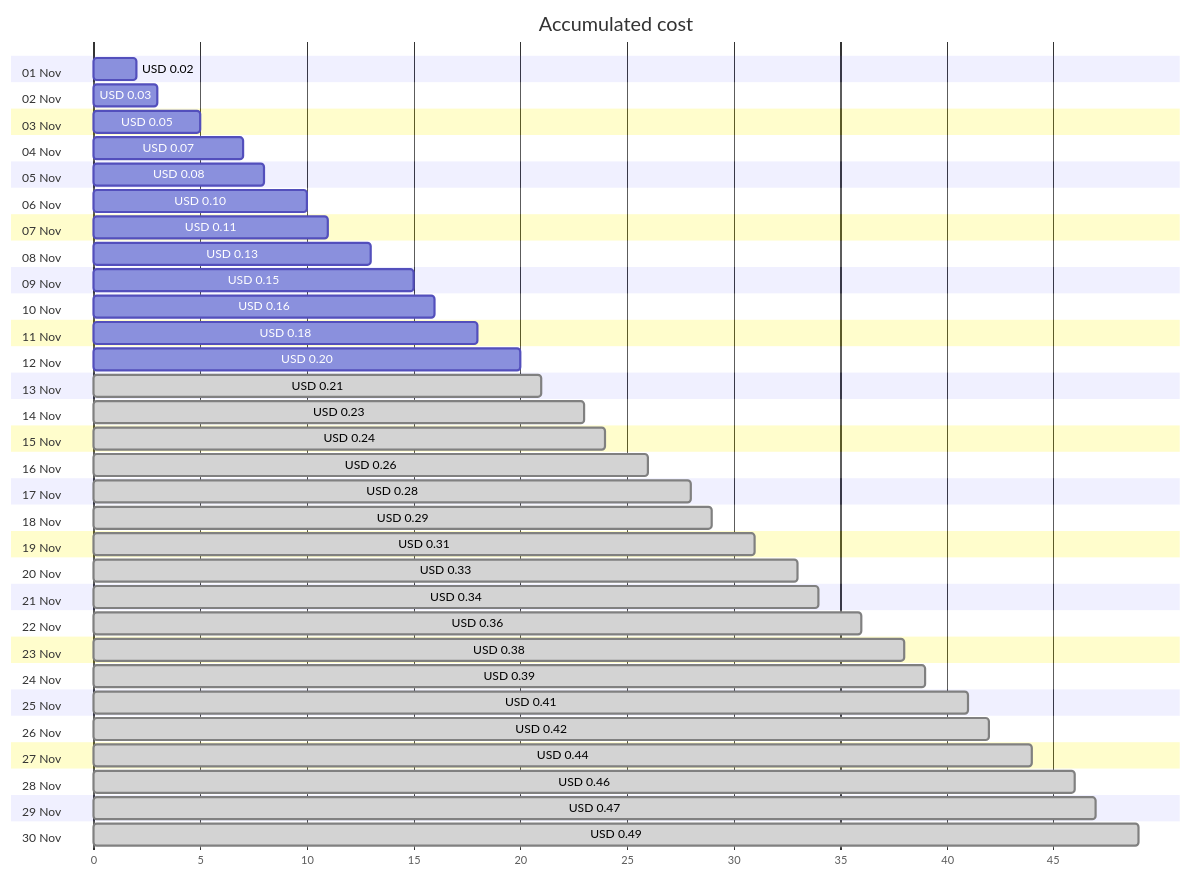
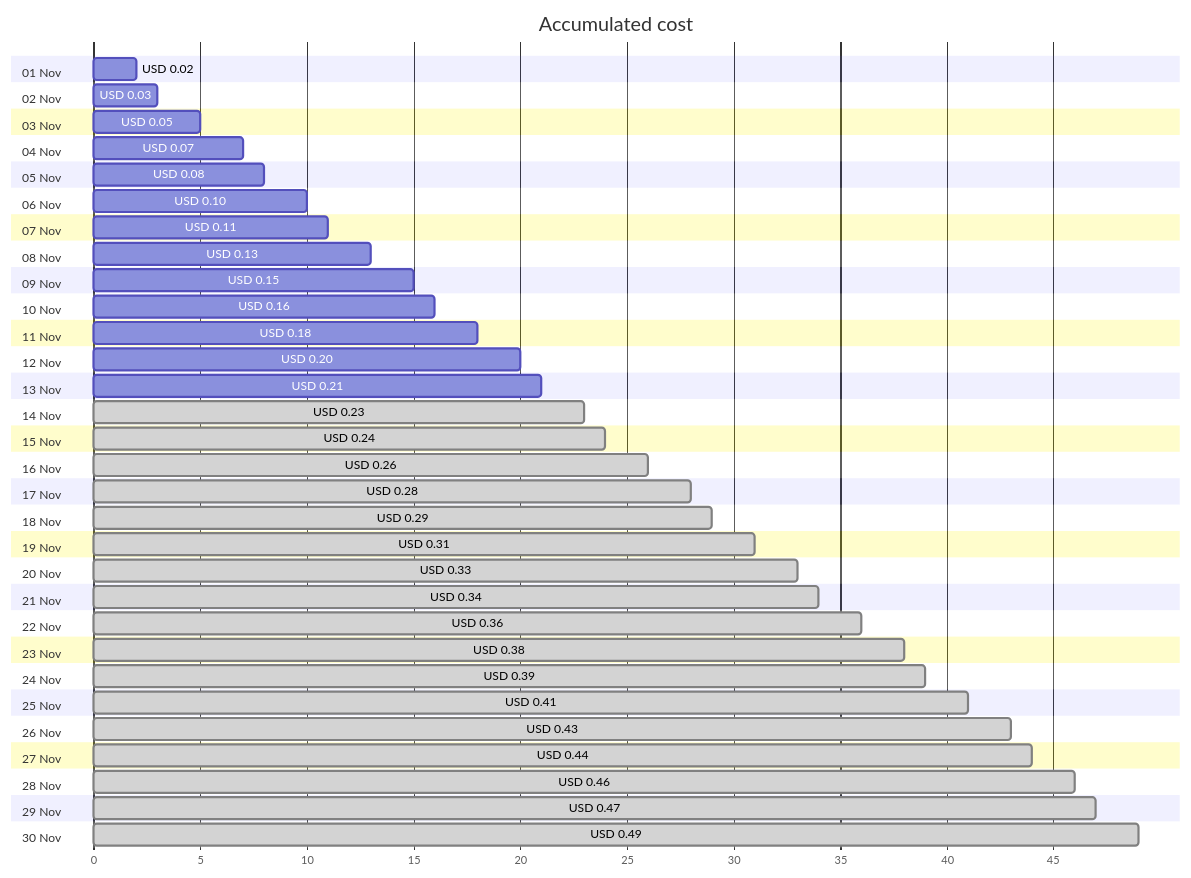
One commit to jpfulton/azure-personal-reports changed the first of 4 diagrams in cost-reports/personal-dns/jpatrickfulton.dev.md. Above: the diagram before and after it, drawn with Mermaid. The commit also changed other lines of this file and 2 other files, not shown here.

````diff
--- a/cost-reports/personal-dns/jpatrickfulton.dev.md
+++ b/cost-reports/personal-dns/jpatrickfulton.dev.md
@@ -20,66 +20,66 @@
 ```mermaid
 gantt
    title Accumulated cost
    dateFormat  X
    axisFormat %s
    section 01 Nov
    USD 0.02 :0, 2
    section 02 Nov
    USD 0.03 :0, 3
    section 03 Nov
    USD 0.05 :0, 5
    section 04 Nov
    USD 0.07 :0, 7
    section 05 Nov
    USD 0.08 :0, 8
    section 06 Nov
    USD 0.10 :0, 10
    section 07 Nov
    USD 0.11 :0, 11
    section 08 Nov
    USD 0.13 :0, 13
    section 09 Nov
    USD 0.15 :0, 15
    section 10 Nov
    USD 0.16 :0, 16
    section 11 Nov
    USD 0.18 :0, 18
    section 12 Nov
    USD 0.20 :0, 20
    section 13 Nov
-   USD 0.21 : done, 0, 21
+   USD 0.21 :0, 21
    section 14 Nov
    USD 0.23 : done, 0, 23
    section 15 Nov
    USD 0.24 : done, 0, 24
    section 16 Nov
    USD 0.26 : done, 0, 26
    section 17 Nov
    USD 0.28 : done, 0, 28
    section 18 Nov
    USD 0.29 : done, 0, 29
    section 19 Nov
    USD 0.31 : done, 0, 31
    section 20 Nov
    USD 0.33 : done, 0, 33
    section 21 Nov
    USD 0.34 : done, 0, 34
    section 22 Nov
    USD 0.36 : done, 0, 36
    section 23 Nov
    USD 0.38 : done, 0, 38
    section 24 Nov
    USD 0.39 : done, 0, 39
    section 25 Nov
    USD 0.41 : done, 0, 41
    section 26 Nov
-   USD 0.42 : done, 0, 42
+   USD 0.43 : done, 0, 43
    section 27 Nov
    USD 0.44 : done, 0, 44
    section 28 Nov
    USD 0.46 : done, 0, 46
    section 29 Nov
    USD 0.47 : done, 0, 47
    section 30 Nov
    USD 0.49 : done, 0, 49
 ```
````
